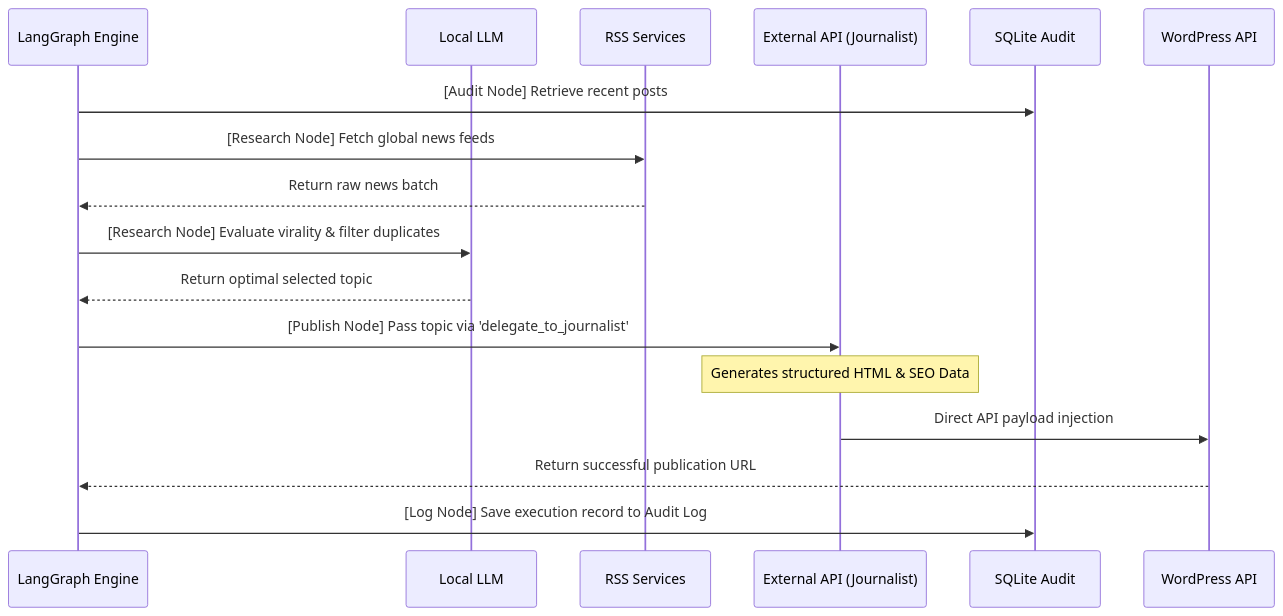
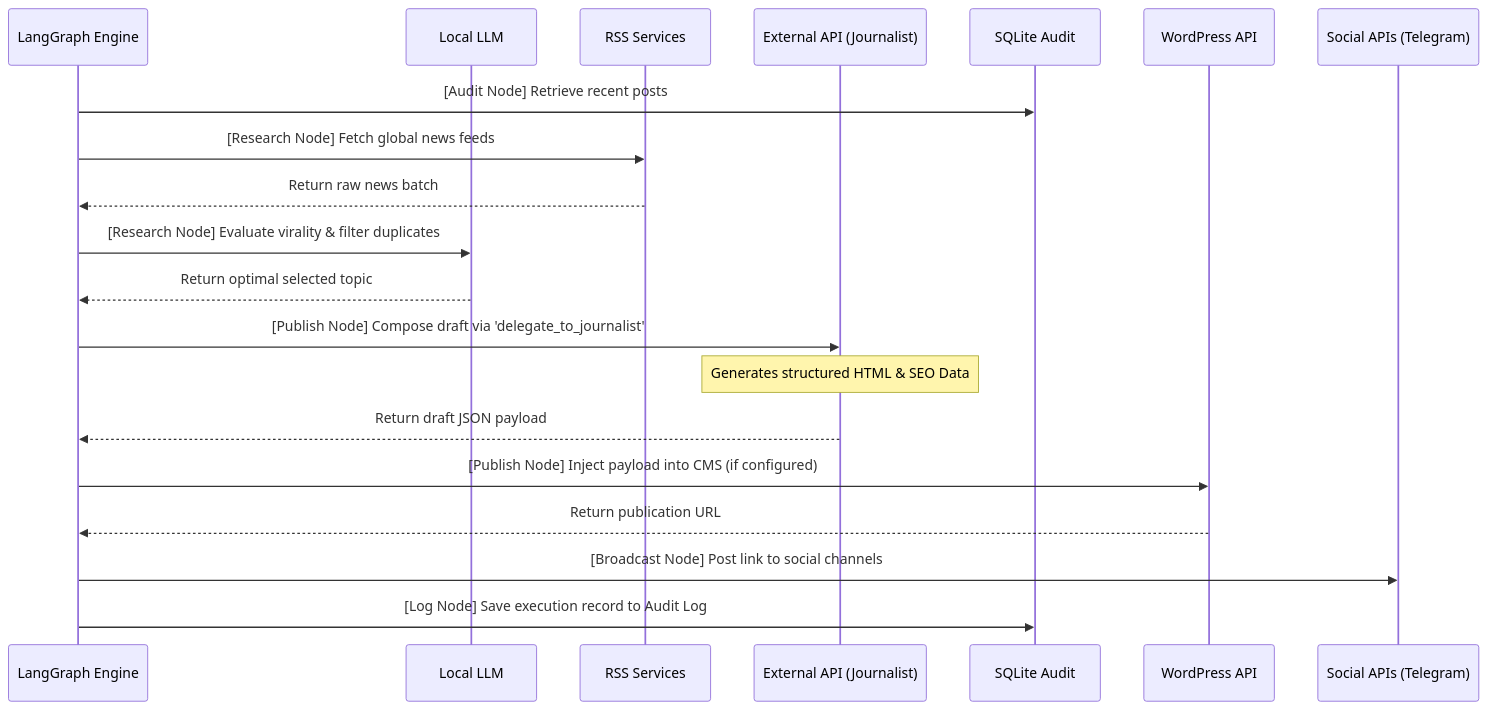
The third of 3 diagrams in architecture.md (hahuint/Content-Automation-Agent), drawn with Mermaid before and after one commit. The commit also changed other lines of this file and 17 other files, not shown here.

````diff
--- a/architecture.md
+++ b/architecture.md
@@ -18,20 +99,23 @@
 ```mermaid
 sequenceDiagram
     participant Graph as LangGraph Engine
     participant LocalLLM as Local LLM
     participant RSS as RSS Services
     participant ExtAPI as External API (Journalist)
     participant DB as SQLite Audit
     participant WP as WordPress API
+    participant Social as Social APIs (Telegram)
 
     Graph->>DB: [Audit Node] Retrieve recent posts
     Graph->>RSS: [Research Node] Fetch global news feeds
     RSS-->>Graph: Return raw news batch
     Graph->>LocalLLM: [Research Node] Evaluate virality & filter duplicates
     LocalLLM-->>Graph: Return optimal selected topic
-    Graph->>ExtAPI: [Publish Node] Pass topic via 'delegate_to_journalist'
+    Graph->>ExtAPI: [Publish Node] Compose draft via 'delegate_to_journalist'
     Note over ExtAPI: Generates structured HTML & SEO Data
-    ExtAPI->>WP: Direct API payload injection
-    WP-->>Graph: Return successful publication URL
+    ExtAPI-->>Graph: Return draft JSON payload
+    Graph->>WP: [Publish Node] Inject payload into CMS (if configured)
+    WP-->>Graph: Return publication URL
+    Graph->>Social: [Broadcast Node] Post link to social channels
     Graph->>DB: [Log Node] Save execution record to Audit Log
 ```
````
